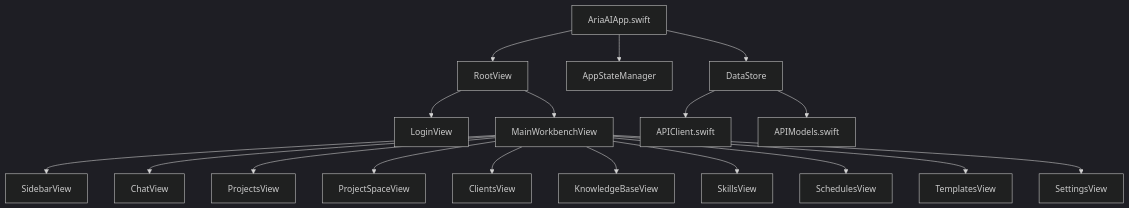
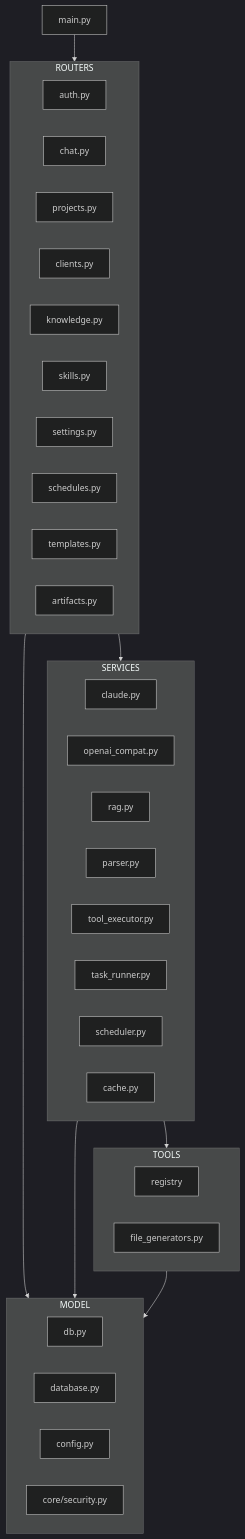
The second of 5 diagrams in docs/06-当前架构图.md (guoliang1114-boop/AriaAI), drawn with Mermaid (dark theme) before and after one commit. The commit also changed other lines of this file and 8 other files, not shown here.

Commit message:
docs: refresh architecture and product notes

````diff
--- a/docs/06-当前架构图.md
+++ b/docs/06-当前架构图.md
@@ -93,28 +63,47 @@
 ```mermaid
 flowchart TD
-    APP[AriaAIApp.swift]
-    ROOT[RootView]
-    STATE[AppStateManager]
-    STORE[DataStore]
+    MAIN[main.py]
 
-    APP --> ROOT
-    APP --> STATE
-    APP --> STORE
+    subgraph ROUTERS
+        AUTH_R[auth.py]
+        CHAT_R[chat.py]
+        PROJECT_R[projects.py]
+        CLIENT_R[clients.py]
+        KNOW_R[knowledge.py]
+        SKILL_R[skills.py]
+        SET_R[settings.py]
+        SCHED_R[schedules.py]
+        TPL_R[templates.py]
+        ART_R[artifacts.py]
+    end
 
-    ROOT --> LOGIN[LoginView]
-    ROOT --> MAIN[MainWorkbenchView]
+    subgraph SERVICES
+        CLAUDE[claude.py]
+        OPENAI[openai_compat.py]
+        RAG[rag.py]
+        PARSER[parser.py]
+        EXEC[tool_executor.py]
+        TASK[task_runner.py]
+        SCHED[scheduler.py]
+        CACHE[cache.py]
+    end
 
-    MAIN --> SIDEBAR[SidebarView]
-    MAIN --> CHAT[ChatView]
-    MAIN --> PROJECTS[ProjectsView]
-    MAIN --> PROJECTSPACE[ProjectSpaceView]
-    MAIN --> CLIENTS[ClientsView]
-    MAIN --> KB[KnowledgeBaseView]
-    MAIN --> SKILLS[SkillsView]
-    MAIN --> SCHEDULES[SchedulesView]
-    MAIN --> TEMPLATES[TemplatesView]
-    MAIN --> SETTINGS[SettingsView]
+    subgraph TOOLS
+        REGISTRY[registry]
+        FILEGEN[file_generators.py]
+    end
 
-    STORE --> API[APIClient.swift]
-    STORE --> MODELS[APIModels.swift]
+    subgraph MODEL
+        DBMODEL[db.py]
+        DATABASE[database.py]
+        CONFIG[config.py]
+        SECURITY[core/security.py]
+    end
+
+    MAIN --> ROUTERS
+    ROUTERS --> SERVICES
+    ROUTERS --> MODEL
+    SERVICES --> TOOLS
+    SERVICES --> MODEL
+    TOOLS --> MODEL
 ```
````
